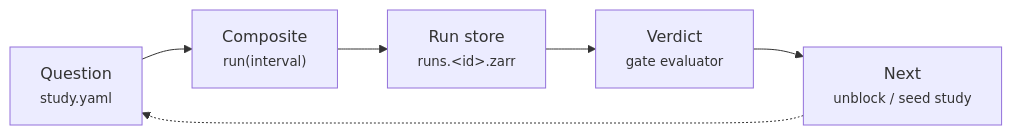
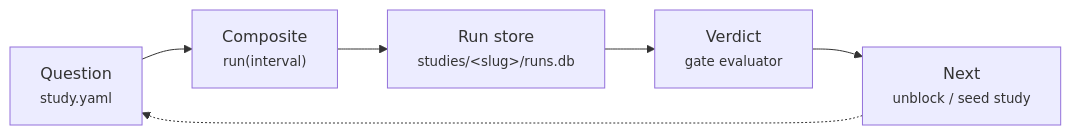
The diagram in docs/foundations/what-is-viva-eco.md (vivarium-collective/viva-docs), drawn with Mermaid before and after one commit. The commit also changed other lines of this file and 12 other files, not shown here.

````diff
--- a/docs/foundations/what-is-viva-eco.md
+++ b/docs/foundations/what-is-viva-eco.md
@@ -70,8 +71,8 @@
 ```mermaid
 flowchart LR
     Q["Question<br/><small>study.yaml</small>"] --> C["Composite<br/><small>run(interval)</small>"]
-    C --> R["Run store<br/><small>runs.&lt;id&gt;.zarr</small>"]
+    C --> R["Run store<br/><small>studies/&lt;slug&gt;/runs.db</small>"]
     R --> V["Verdict<br/><small>gate evaluator</small>"]
     V --> N["Next<br/><small>unblock / seed study</small>"]
     N -.-> Q
 ```
````
